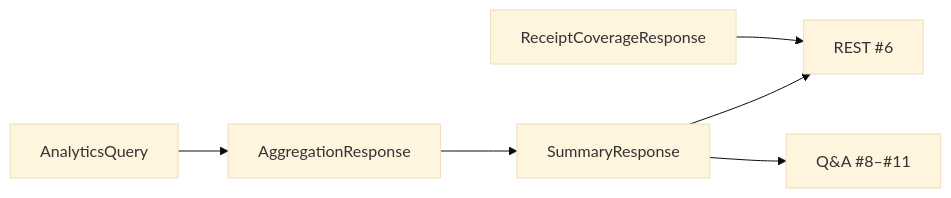
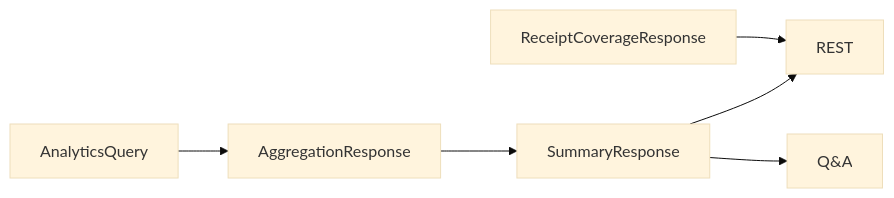
The diagram in docs/analytics-schema.md (RoxanaTapia/receipt-intelligence-api), drawn with Mermaid (base theme) before and after one commit. The commit also changed other lines of this file and 9 other files, not shown here.

````diff
--- a/docs/analytics-schema.md
+++ b/docs/analytics-schema.md
@@ -22,8 +21,8 @@
 ```mermaid
 flowchart LR
   Q[AnalyticsQuery] --> A[AggregationResponse]
   A --> S[SummaryResponse]
-  S --> R[REST #6]
-  S --> QA[Q&A #8–#11]
+  S --> R[REST]
+  S --> QA[Q&A]
   C[ReceiptCoverageResponse] --> R
 ```
````
